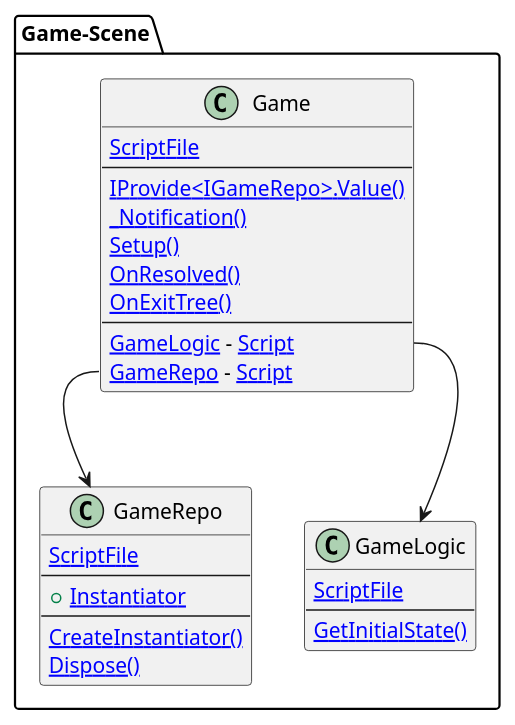
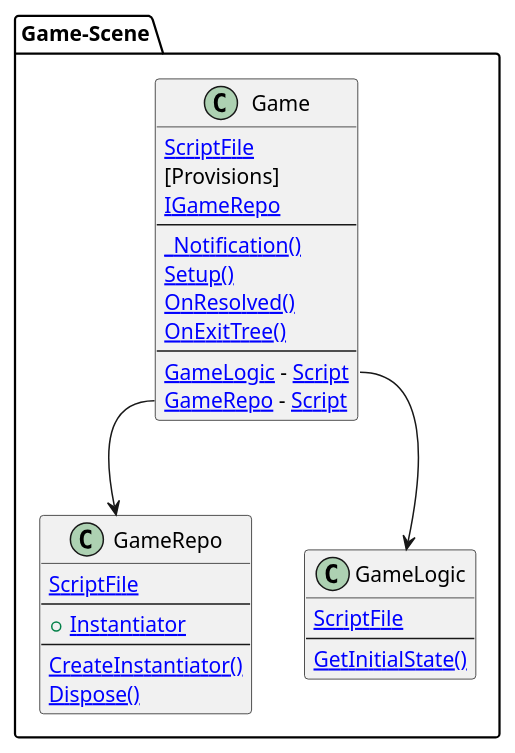
The diagram in src/Chickensoft.UMLGenerator.Tests/Snapshots/ShowAllMethods_Game.verified.puml (chickensoft-games/UMLGenerator), drawn with PlantUML before and after one commit. The commit also changed 6 other files, not shown here.

```diff
--- a/src/Chickensoft.UMLGenerator.Tests/Snapshots/ShowAllMethods_Game.verified.puml
+++ b/src/Chickensoft.UMLGenerator.Tests/Snapshots/ShowAllMethods_Game.verified.puml
@@ -1,39 +1,40 @@
 @startuml
 
 package Game-Scene [[../../TestCases/ShowAllMethods/Game.tscn]] {
 	
 class Game  {
 	[[../../Game/Game.cs ScriptFile]]
+	[Provisions]
+	[[../../Game/Game.cs:15 IGameRepo]]
 --
-[[../../Game/Game.cs:15 IProvide<IGameRepo>.Value()]]
-	[[../../Game/Game.cs:29 _Notification()]]
+[[../../Game/Game.cs:29 _Notification()]]
 	[[../../Game/Game.cs:31 Setup()]]
 	[[../../Game/Game.cs:40 OnResolved()]]
 	[[../../Game/Game.cs:47 OnExitTree()]]
 --
 [[../../Game/Game.cs:22 GameLogic]] - [[../../TestCases/ShowAllMethods/Logic/GameLogic.cs Script]]
 	[[../../Game/Game.cs:21 GameRepo]] - [[../../TestCases/ShowAllMethods/Domain/GameRepo.cs Script]]
 }
 
 	
 class GameRepo  {
 	[[../../TestCases/ShowAllMethods/Domain/GameRepo.cs ScriptFile]]
 --
 + [[../../TestCases/ShowAllMethods/Domain/GameRepo.cs:15 Instantiator]]
 --
 [[../../TestCases/ShowAllMethods/Domain/GameRepo.cs:17 CreateInstantiator()]]
 	[[../../TestCases/ShowAllMethods/Domain/GameRepo.cs:24 Dispose()]]
 }
 
 	
 class GameLogic  {
 	[[../../TestCases/ShowAllMethods/Logic/GameLogic.cs ScriptFile]]
 --
 [[../../TestCases/ShowAllMethods/Logic/GameLogic.cs:12 GetInitialState()]]
 }
 
 	Game::GameRepo --> GameRepo
 	Game::GameLogic --> GameLogic
 }
 
 @enduml
```
